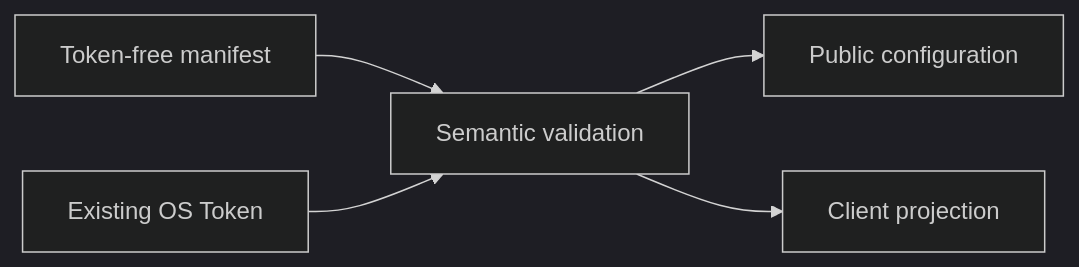
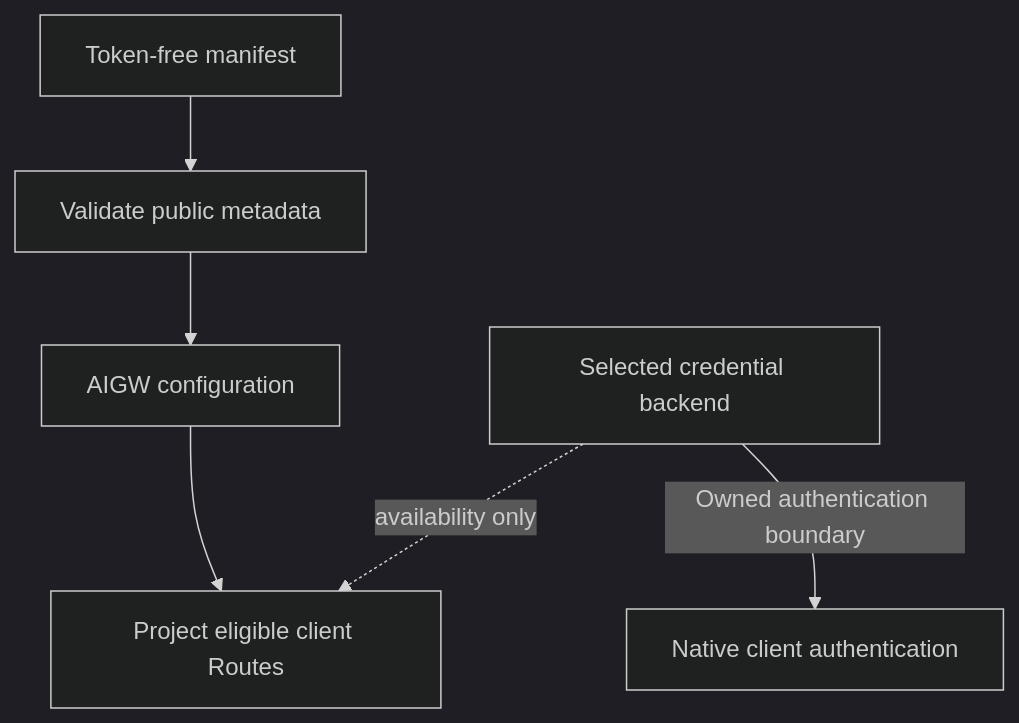
The diagram in docs/architecture/security-model.md (HengYangDS/aigw-cli), drawn with Mermaid (dark theme) before and after one commit. The commit also changed other lines of this file and 526 other files, not shown here.

````diff
--- a/docs/architecture/security-model.md
+++ b/docs/architecture/security-model.md
@@ -31,7 +58,10 @@
 ```mermaid
-flowchart LR
-    M["Token-free manifest"] --> V["Semantic validation"]
-    K["Existing OS Token"] --> V
-    V --> C["Public configuration"]
-    V --> P["Client projection"]
+flowchart TB
+    accTitle: Public configuration and credential material have separate paths
+    accDescr: Manifest validation uses public metadata. Projection selects eligible routes from credential availability; Token material remains behind the selected backend's authentication boundary.
+    M["Token-free manifest"] --> V["Validate public metadata"]
+    V --> C["AIGW configuration"]
+    C --> P["Project eligible client Routes"]
+    K["Selected credential backend"] -. availability only .-> P
+    K -->|Owned authentication boundary| A["Native client authentication"]
 ```
````
